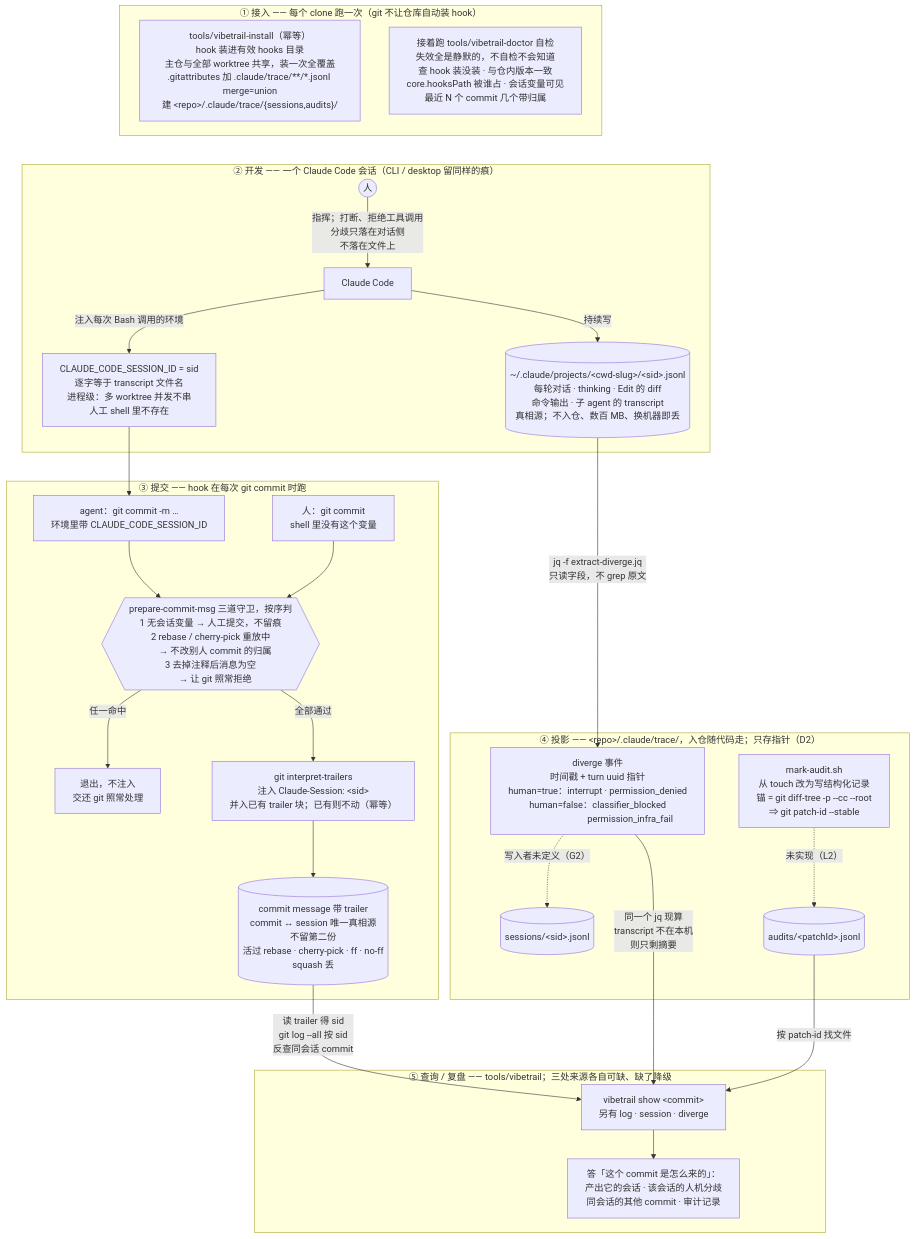
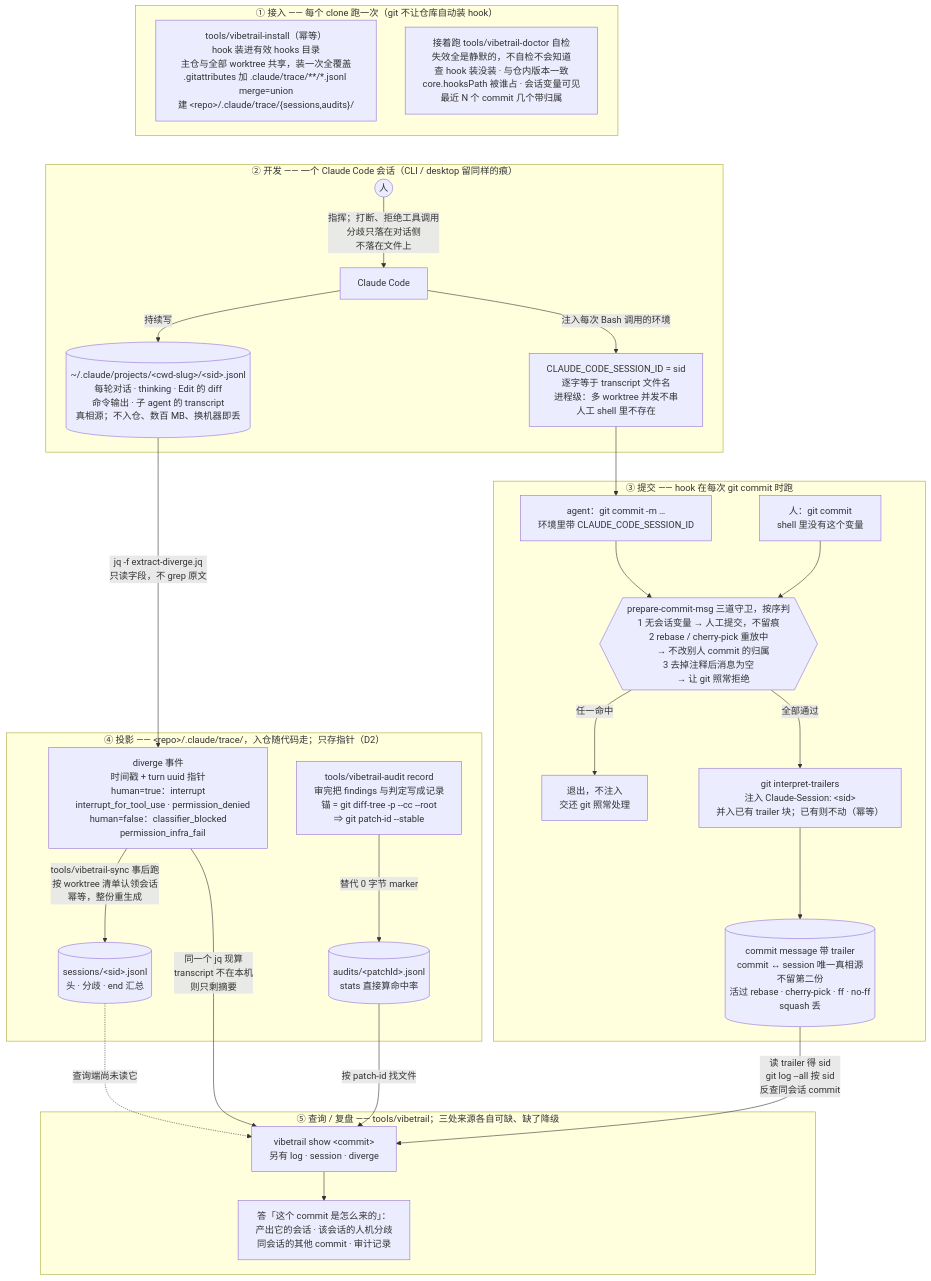
Before and after one commit to gupf0719/vibetrail: the diagram in CAPABILITIES.md, drawn with Mermaid. The commit also changed other lines of this file, not shown here.

Commit message:
docs: 流程图跟上 main —— sessions / audits 写入改实线（G2、L2），interrupt 拆两类（K5）
7a106d5 落地 tools/vibetrail-sync、4834796 落地 tools/vibetrail-audit，④ 里两条
写入边由虚线改实线；查询端还没读 sessions 文件，保留一条虚线把这段标出来。
09193f2 把 for tool use 变体拆成 interrupt_for_tool_use，分歧节点跟着改。

Claude-Session: e682fb7c-35b4-4792-a265-f681fada1467

````diff
--- a/CAPABILITIES.md
+++ b/CAPABILITIES.md
@@ -37,44 +38,45 @@
 ```mermaid
 %%{init: {"flowchart": {"wrappingWidth": 320}}}%%
 flowchart TB
     subgraph S0["① 接入 —— 每个 clone 跑一次（git 不让仓库自动装 hook）"]
         IN["tools/vibetrail-install（幂等）<br/>hook 装进有效 hooks 目录<br/>主仓与全部 worktree 共享，装一次全覆盖<br/>.gitattributes 加 .claude/trace/**/*.jsonl merge=union<br/>建 &lt;repo&gt;/.claude/trace/{sessions,audits}/"]
         DR["接着跑 tools/vibetrail-doctor 自检<br/>失效全是静默的，不自检不会知道<br/>查 hook 装没装 · 与仓内版本一致<br/>core.hooksPath 被谁占 · 会话变量可见<br/>最近 N 个 commit 几个带归属"]
     end
 
     subgraph S1["② 开发 —— 一个 Claude Code 会话（CLI / desktop 留同样的痕）"]
         H(("人")) -->|"指挥；打断、拒绝工具调用<br/>分歧只落在对话侧<br/>不落在文件上"| CC["Claude Code"]
         CC -->|"持续写"| TR[("~/.claude/projects/&lt;cwd-slug&gt;/&lt;sid&gt;.jsonl<br/>每轮对话 · thinking · Edit 的 diff<br/>命令输出 · 子 agent 的 transcript<br/>真相源；不入仓、数百 MB、换机器即丢")]
         CC -->|"注入每次 Bash 调用的环境"| EV["CLAUDE_CODE_SESSION_ID = sid<br/>逐字等于 transcript 文件名<br/>进程级：多 worktree 并发不串<br/>人工 shell 里不存在"]
     end
 
     subgraph S2["③ 提交 —— hook 在每次 git commit 时跑"]
         GC["agent：git commit -m …<br/>环境里带 CLAUDE_CODE_SESSION_ID"]
         HM["人：git commit<br/>shell 里没有这个变量"]
         GC --> G{{"prepare-commit-msg 三道守卫，按序判<br/>1 无会话变量 → 人工提交，不留痕<br/>2 rebase / cherry-pick 重放中<br/>　→ 不改别人 commit 的归属<br/>3 去掉注释后消息为空<br/>　→ 让 git 照常拒绝"}}
         HM --> G
         G -->|"任一命中"| X["退出，不注入<br/>交还 git 照常处理"]
         G -->|"全部通过"| IT["git interpret-trailers<br/>注入 Claude-Session: &lt;sid&gt;<br/>并入已有 trailer 块；已有则不动（幂等）"]
         IT --> CM[("commit message 带 trailer<br/>commit ↔ session 唯一真相源<br/>不留第二份<br/>活过 rebase · cherry-pick · ff · no-ff<br/>squash 丢")]
     end
 
     subgraph S3["④ 投影 —— &lt;repo&gt;/.claude/trace/，入仓随代码走；只存指针（D2）"]
-        DV["diverge 事件<br/>时间戳 + turn uuid 指针<br/>human=true：interrupt · permission_denied<br/>human=false：classifier_blocked<br/>　　　　　　　permission_infra_fail"]
-        DV -.->|"写入者未定义（G2）"| SF[("sessions/&lt;sid&gt;.jsonl")]
-        MA["mark-audit.sh<br/>从 touch 改为写结构化记录<br/>锚 = git diff-tree -p --cc --root<br/>⇒ git patch-id --stable"] -.->|"未实现（L2）"| AF[("audits/&lt;patchId&gt;.jsonl")]
+        DV["diverge 事件<br/>时间戳 + turn uuid 指针<br/>human=true：interrupt<br/>　interrupt_for_tool_use · permission_denied<br/>human=false：classifier_blocked<br/>　permission_infra_fail"]
+        DV -->|"tools/vibetrail-sync 事后跑<br/>按 worktree 清单认领会话<br/>幂等，整份重生成"| SF[("sessions/&lt;sid&gt;.jsonl<br/>头 · 分歧 · end 汇总")]
+        MA["tools/vibetrail-audit record<br/>审完把 findings 与判定写成记录<br/>锚 = git diff-tree -p --cc --root<br/>⇒ git patch-id --stable"] -->|"替代 0 字节 marker"| AF[("audits/&lt;patchId&gt;.jsonl<br/>stats 直接算命中率")]
     end
 
     subgraph S4["⑤ 查询 / 复盘 —— tools/vibetrail；三处来源各自可缺、缺了降级"]
         Q["vibetrail show &lt;commit&gt;<br/>另有 log · session · diverge"]
         Q --> OUT["答「这个 commit 是怎么来的」：<br/>产出它的会话 · 该会话的人机分歧<br/>同会话的其他 commit · 审计记录"]
     end
 
     EV --> GC
     TR -->|"jq -f extract-diverge.jq<br/>只读字段，不 grep 原文"| DV
     CM -->|"读 trailer 得 sid<br/>git log --all 按 sid<br/>反查同会话 commit"| Q
     DV -->|"同一个 jq 现算<br/>transcript 不在本机<br/>则只剩摘要"| Q
     AF -->|"按 patch-id 找文件"| Q
+    SF -.->|"查询端尚未读它"| Q
 
     IN ~~~ H
     DR ~~~ H
 ```
````
